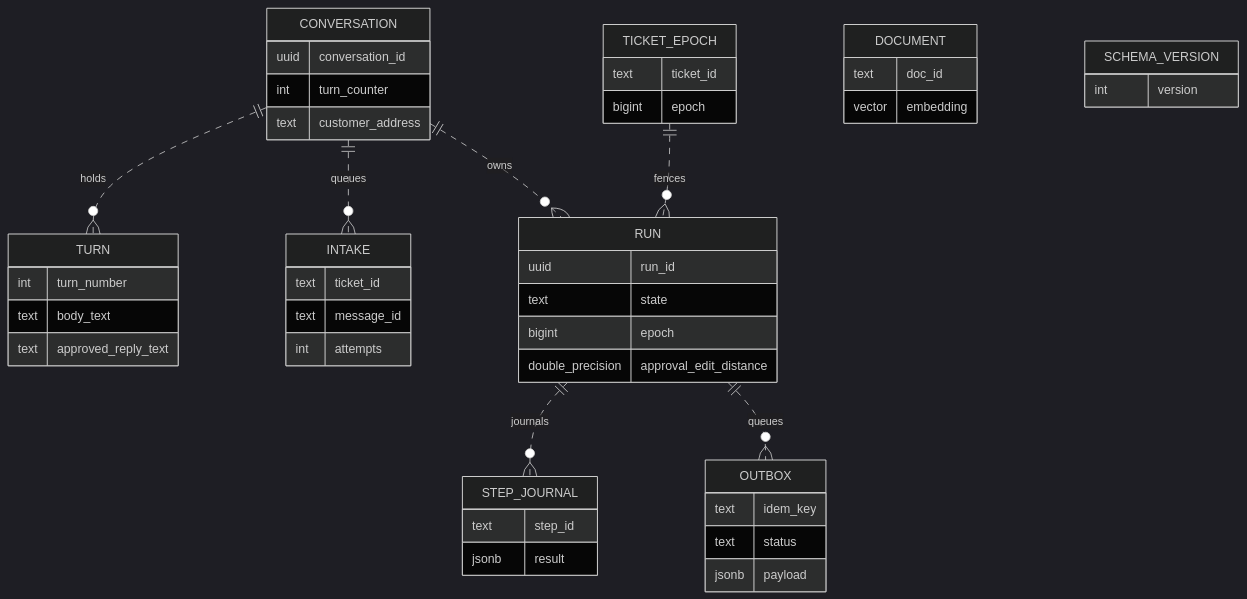
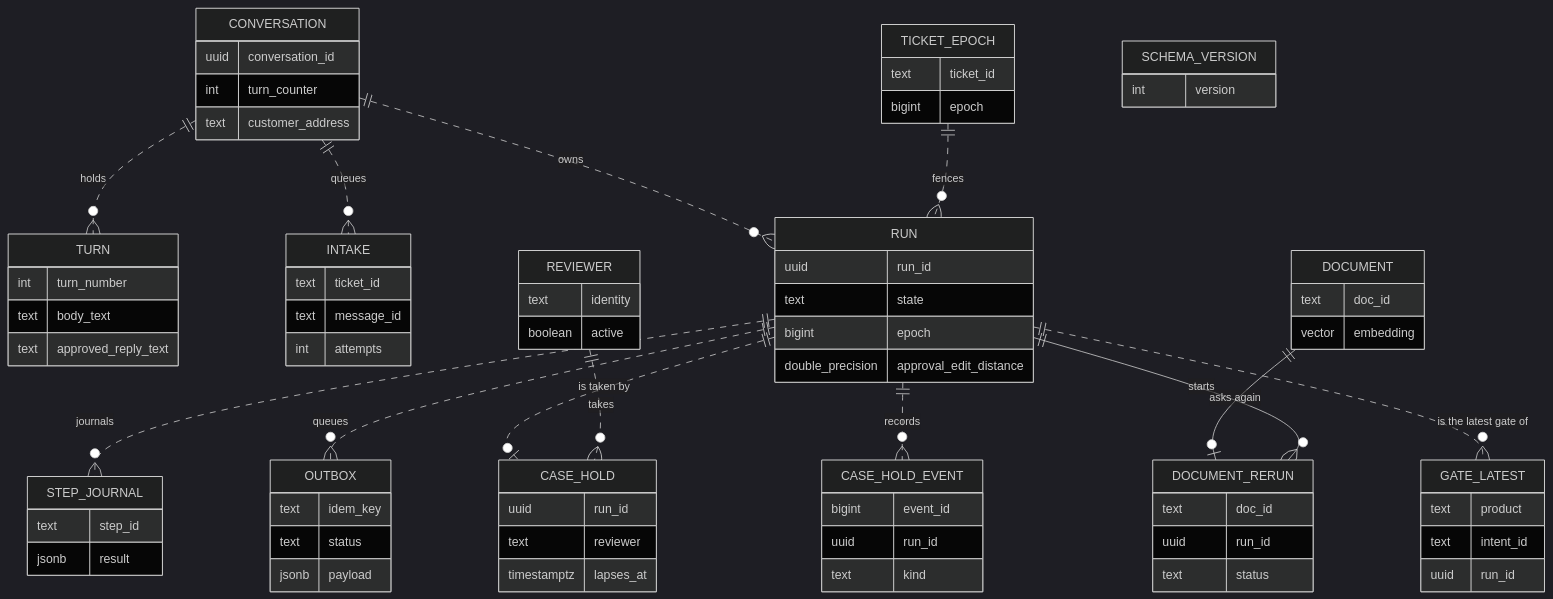
The third of 3 diagrams in docs/architecture-map.md (synaptiai/auracle), drawn with Mermaid (dark theme) before and after one commit. The commit also changed other lines of this file and 74 other files, not shown here.

````diff
--- a/docs/architecture-map.md
+++ b/docs/architecture-map.md
@@ -253,50 +260,80 @@
 ```mermaid
 erDiagram
   CONVERSATION {
     uuid conversation_id
     int turn_counter
     text customer_address
   }
   TURN {
     int turn_number
     text body_text
     text approved_reply_text
   }
   INTAKE {
     text ticket_id
     text message_id
     int attempts
   }
   RUN {
     uuid run_id
     text state
     bigint epoch
     double_precision approval_edit_distance
   }
   TICKET_EPOCH {
     text ticket_id
     bigint epoch
   }
   STEP_JOURNAL {
     text step_id
     jsonb result
   }
   OUTBOX {
     text idem_key
     text status
     jsonb payload
   }
   DOCUMENT {
     text doc_id
     vector embedding
   }
   SCHEMA_VERSION {
     int version
   }
+  REVIEWER {
+    text identity
+    boolean active
+  }
+  CASE_HOLD {
+    uuid run_id
+    text reviewer
+    timestamptz lapses_at
+  }
+  CASE_HOLD_EVENT {
+    bigint event_id
+    uuid run_id
+    text kind
+  }
+  DOCUMENT_RERUN {
+    text doc_id
+    uuid run_id
+    text status
+  }
+  GATE_LATEST {
+    text product
+    text intent_id
+    uuid run_id
+  }
   CONVERSATION ||..o{ TURN : "holds"
   CONVERSATION ||..o{ INTAKE : "queues"
   CONVERSATION ||..o{ RUN : "owns"
   RUN ||..o{ STEP_JOURNAL : "journals"
   RUN ||..o{ OUTBOX : "queues"
   TICKET_EPOCH ||..o{ RUN : "fences"
+  RUN ||..o| CASE_HOLD : "is taken by"
+  RUN ||..o{ CASE_HOLD_EVENT : "records"
+  REVIEWER ||..o{ CASE_HOLD : "takes"
+  DOCUMENT ||--o| DOCUMENT_RERUN : "asks again"
+  RUN ||--o{ DOCUMENT_RERUN : "starts"
+  RUN ||..o{ GATE_LATEST : "is the latest gate of"
 ```
````
